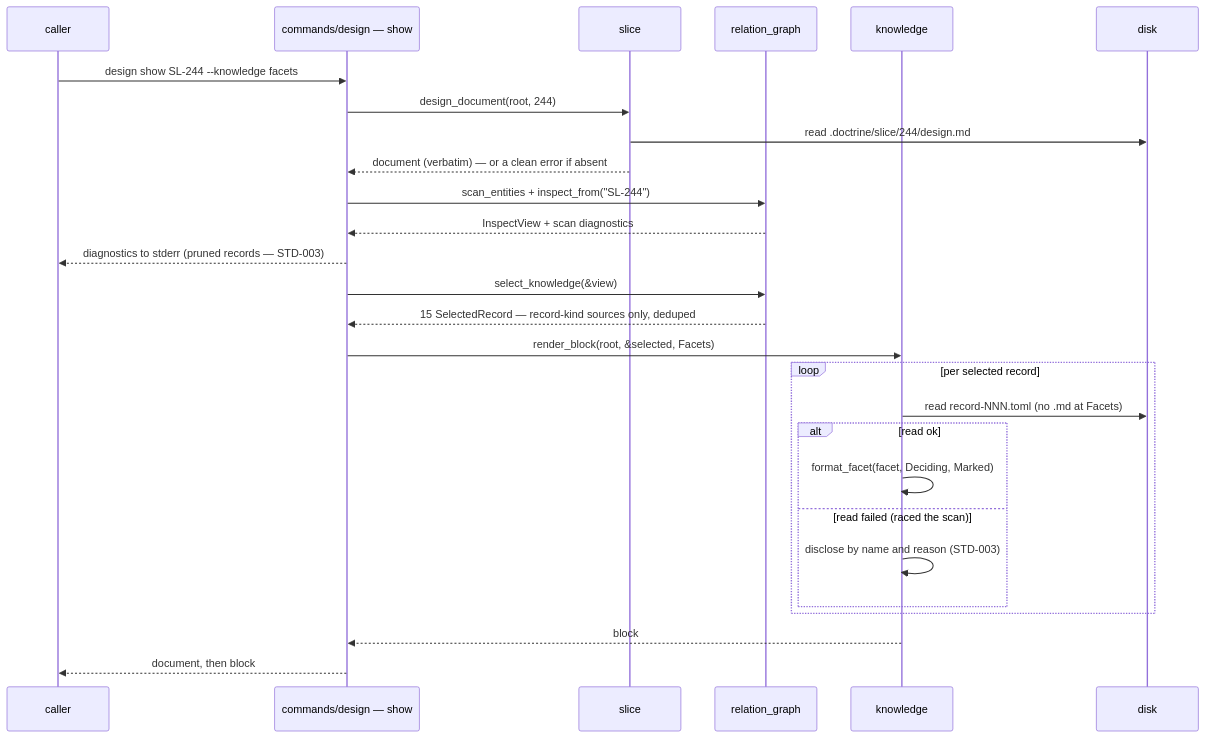
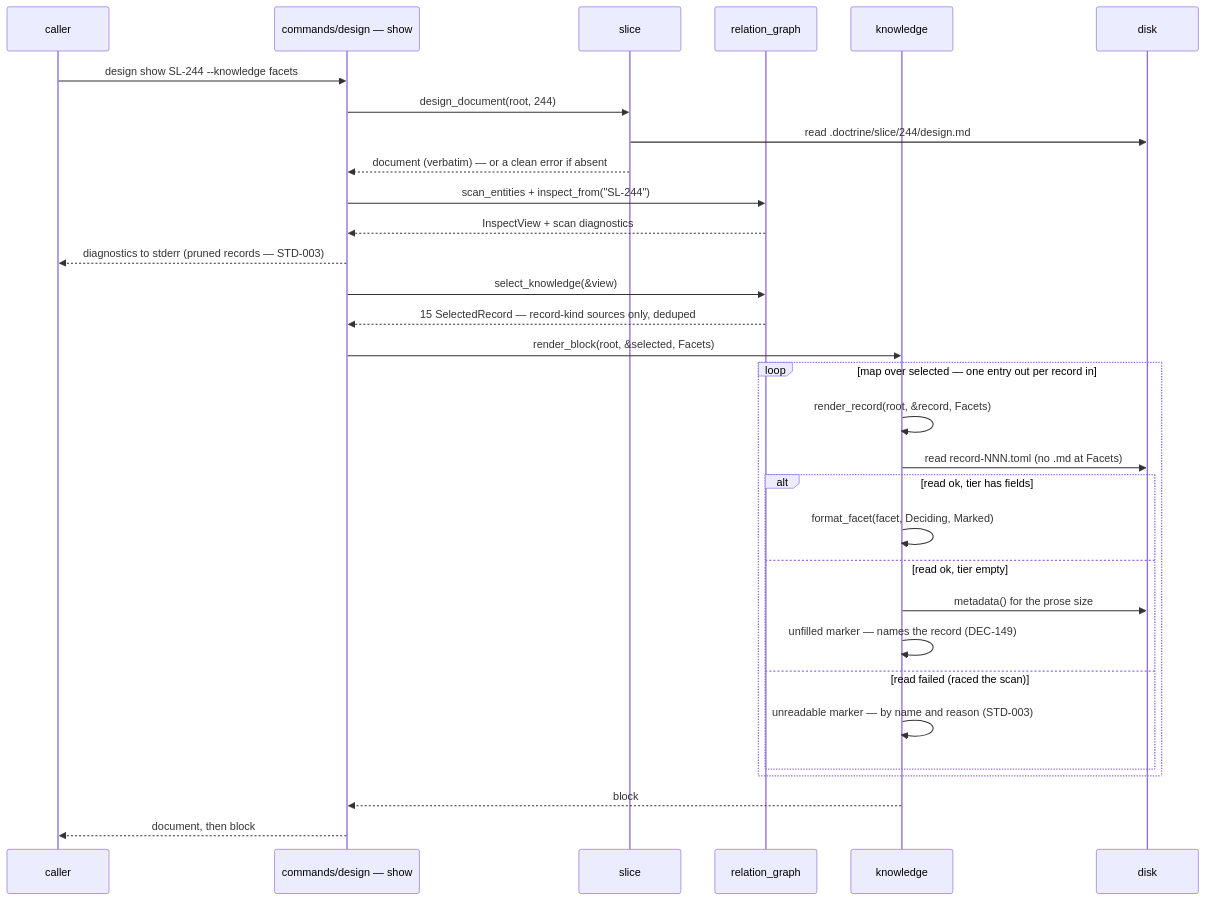
The third of 3 diagrams in .doctrine/slice/246/design.md (davidlee/doctrine), drawn with Mermaid before and after one commit. The commit also changed other lines of this file and 2 other files, not shown here.

````diff
--- a/.doctrine/slice/246/design.md
+++ b/.doctrine/slice/246/design.md
@@ -916,30 +1051,34 @@
 ```mermaid
 sequenceDiagram
   participant U as caller
   participant C as commands/design — show
   participant S as slice
   participant RG as relation_graph
   participant K as knowledge
   participant FS as disk
 
   U->>C: design show SL-244 --knowledge facets
   C->>S: design_document(root, 244)
   S->>FS: read .doctrine/slice/244/design.md
   S-->>C: document (verbatim) — or a clean error if absent
   C->>RG: scan_entities + inspect_from("SL-244")
   RG-->>C: InspectView + scan diagnostics
   C-->>U: diagnostics to stderr (pruned records — STD-003)
   C->>RG: select_knowledge(&view)
   RG-->>C: 15 SelectedRecord — record-kind sources only, deduped
   C->>K: render_block(root, &selected, Facets)
-  loop per selected record
+  loop map over selected — one entry out per record in
+    K->>K: render_record(root, &record, Facets)
     K->>FS: read record-NNN.toml (no .md at Facets)
-    alt read ok
+    alt read ok, tier has fields
       K->>K: format_facet(facet, Deciding, Marked)
+    else read ok, tier empty
+      K->>FS: metadata() for the prose size
+      K->>K: unfilled marker — names the record (DEC-149)
     else read failed (raced the scan)
-      K->>K: disclose by name and reason (STD-003)
+      K->>K: unreadable marker — by name and reason (STD-003)
     end
   end
   K-->>C: block
   C-->>U: document, then block
 ```
````
